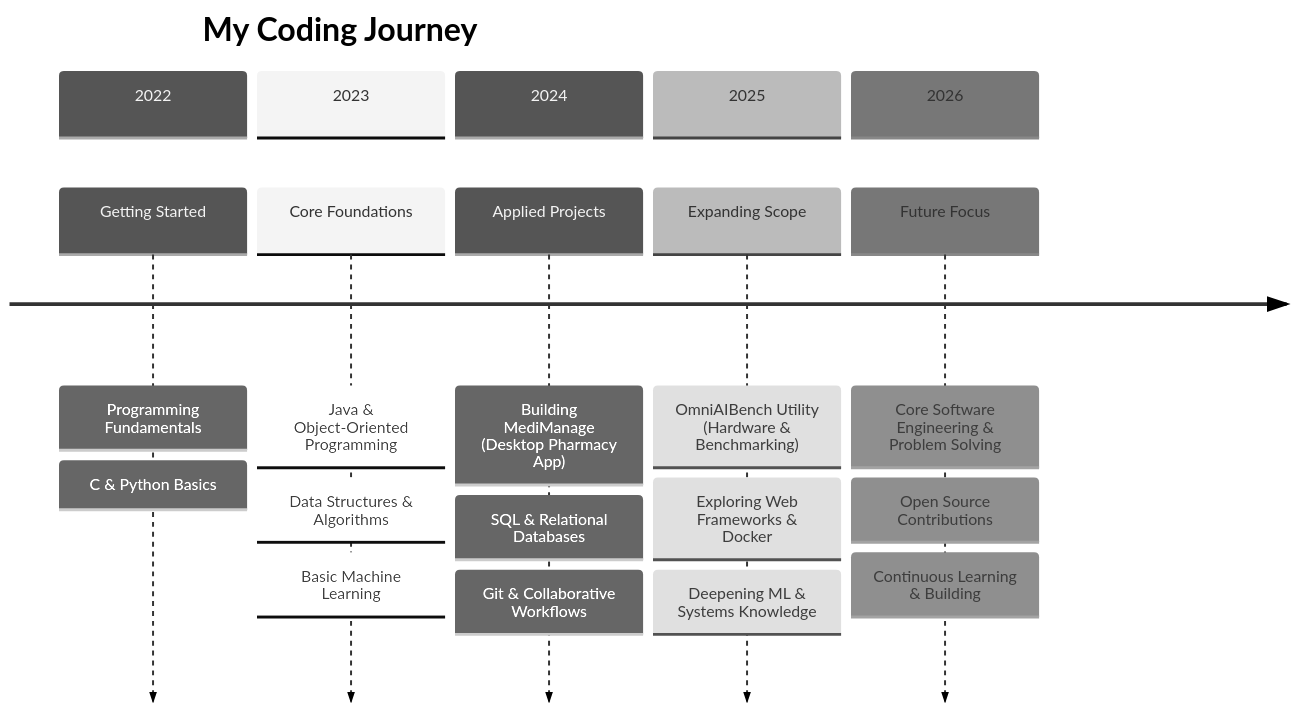
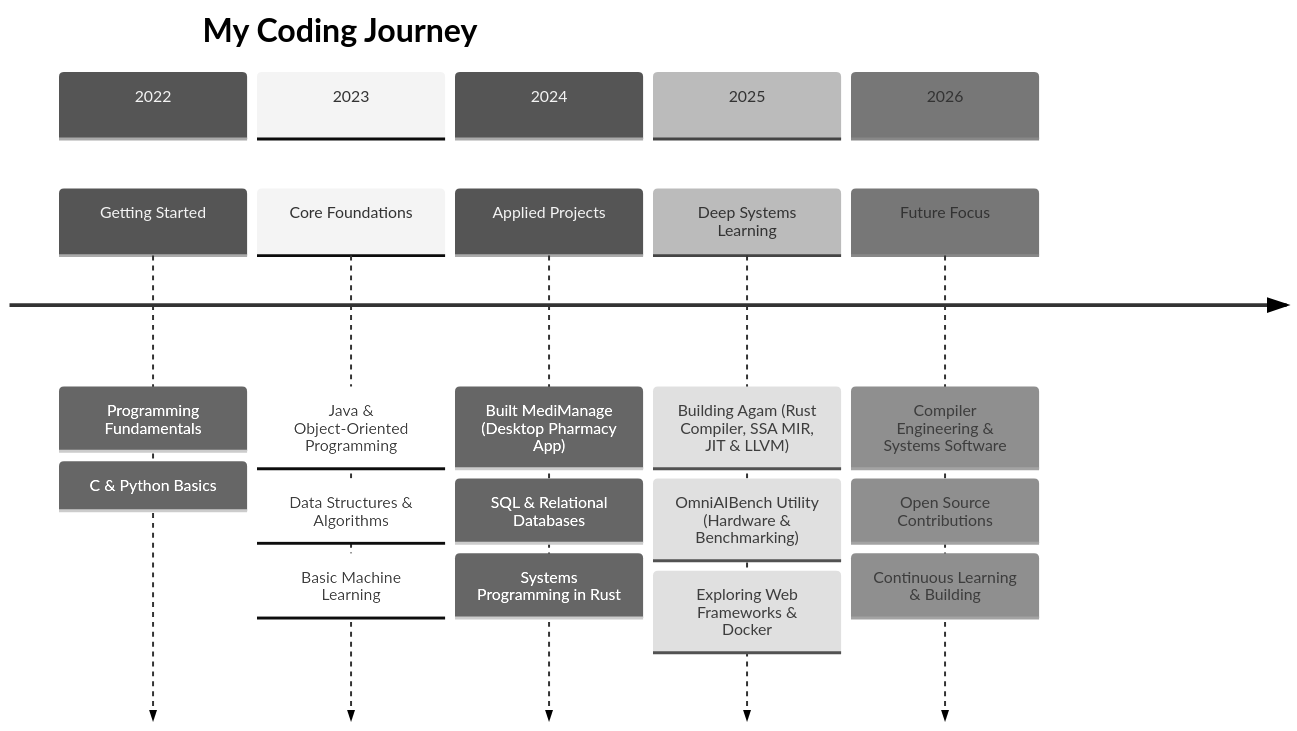
The diagram in README.md (vikash236/vikash236), drawn with Mermaid (neutral theme) before and after one commit. The commit also changed other lines of this file, not shown here.

````diff
--- a/README.md
+++ b/README.md
@@ -355,23 +394,23 @@
 ```mermaid
 timeline
     title My Coding Journey
     section 2022
         Getting Started : Programming Fundamentals
                         : C & Python Basics
     section 2023
         Core Foundations : Java & Object-Oriented Programming
                          : Data Structures & Algorithms
                          : Basic Machine Learning
     section 2024
-        Applied Projects : Building MediManage (Desktop Pharmacy App)
+        Applied Projects : Built MediManage (Desktop Pharmacy App)
                          : SQL & Relational Databases
-                         : Git & Collaborative Workflows
+                         : Systems Programming in Rust
     section 2025
-        Expanding Scope : OmniAIBench Utility (Hardware & Benchmarking)
-                        : Exploring Web Frameworks & Docker
-                        : Deepening ML & Systems Knowledge
+        Deep Systems Learning : Building Agam (Rust Compiler, SSA MIR, JIT & LLVM)
+                              : OmniAIBench Utility (Hardware & Benchmarking)
+                              : Exploring Web Frameworks & Docker
     section 2026
-        Future Focus : Core Software Engineering & Problem Solving
+        Future Focus : Compiler Engineering & Systems Software
                      : Open Source Contributions
                      : Continuous Learning & Building
 ```
````
